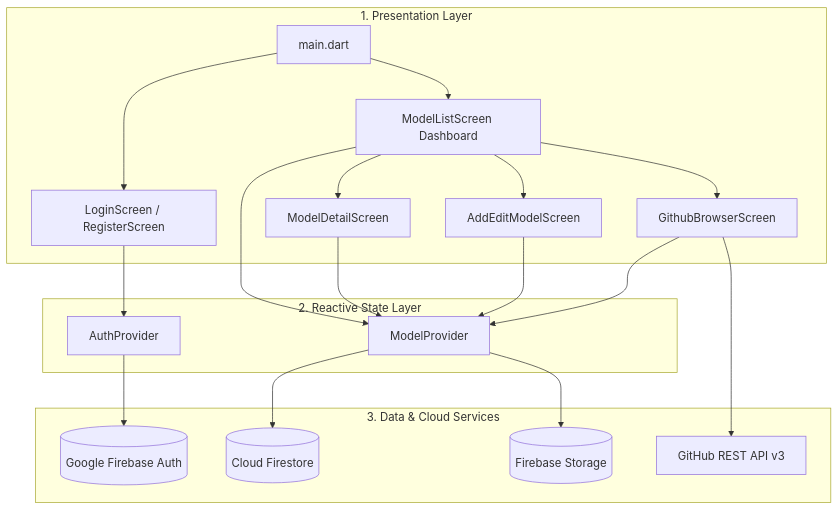
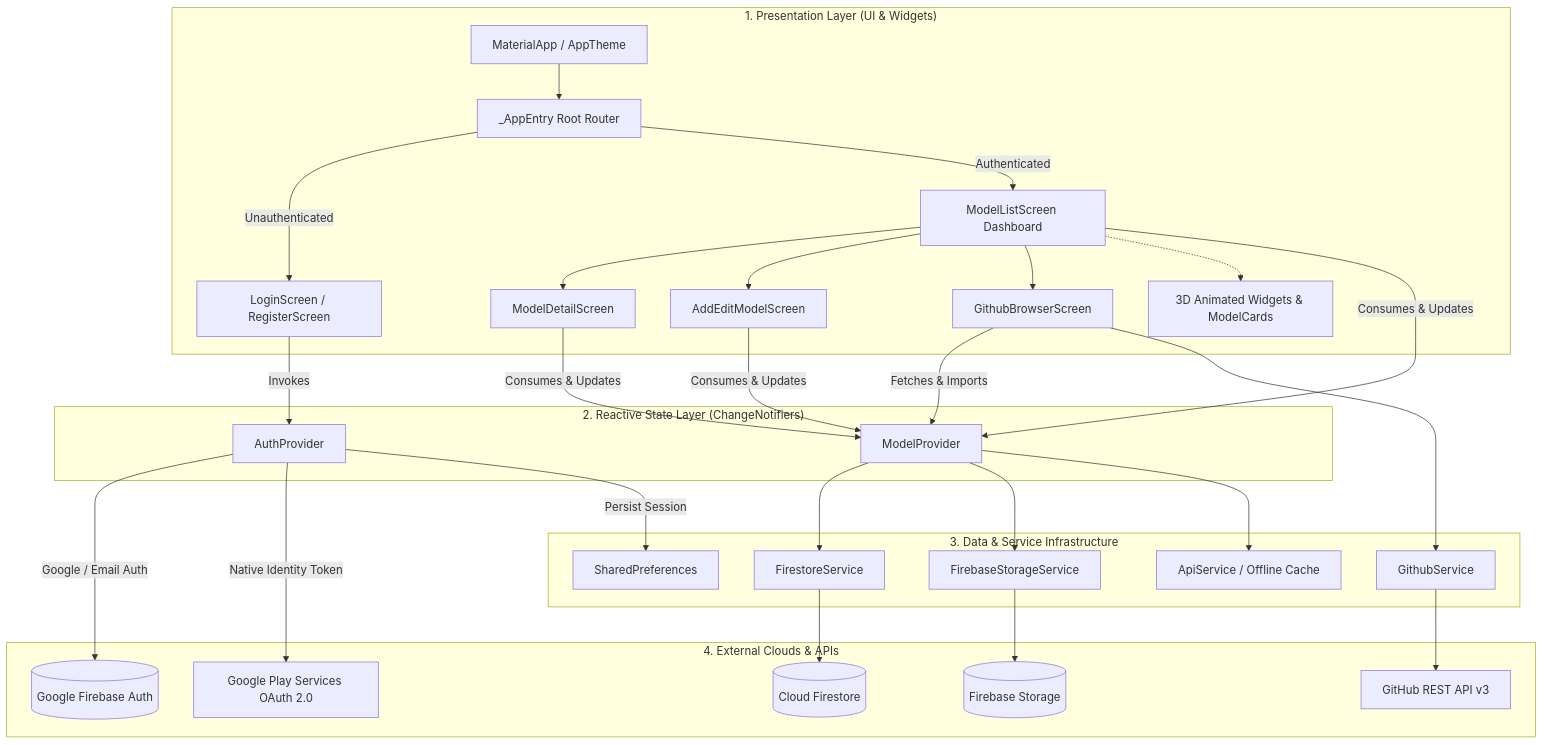
The diagram in README.md (ivengexnce/AI_Model_Hub), drawn with Mermaid before and after one commit. The commit also changed other lines of this file and 9 other files, not shown here.

Commit message:
docs: add system architecture and workflow diagrams with updated README documentation

````diff
--- a/README.md
+++ b/README.md
@@ -96,29 +80,45 @@
 ```mermaid
 graph TD
-    subgraph UI ["1. Presentation Layer"]
-        A[main.dart] --> B[LoginScreen / RegisterScreen]
-        A --> C[ModelListScreen Dashboard]
-        C --> D[ModelDetailScreen]
-        C --> E[AddEditModelScreen]
-        C --> F[GithubBrowserScreen]
+    subgraph UI_Layer ["1. Presentation Layer (UI & Widgets)"]
+        A1[MaterialApp / AppTheme] --> A2[_AppEntry Root Router]
+        A2 -->|Unauthenticated| B1[LoginScreen / RegisterScreen]
+        A2 -->|Authenticated| B2[ModelListScreen Dashboard]
+        B2 --> B3[ModelDetailScreen]
+        B2 --> B4[AddEditModelScreen]
+        B2 --> B5[GithubBrowserScreen]
+        B2 -.-> C1[3D Animated Widgets & ModelCards]
     end
 
-    subgraph State ["2. Reactive State Layer"]
-        G[AuthProvider]
-        H[ModelProvider]
+    subgraph State_Layer ["2. Reactive State Layer (ChangeNotifiers)"]
+        D1[AuthProvider]
+        D2[ModelProvider]
     end
 
-    subgraph Services ["3. Data & Cloud Services"]
-        I[(Google Firebase Auth)]
-        J[(Cloud Firestore)]
-        K[(Firebase Storage)]
-        L[GitHub REST API v3]
+    subgraph Service_Layer ["3. Data & Service Infrastructure"]
+        F1[FirestoreService]
+        F2[FirebaseStorageService]
+        F3[GithubService]
+        F4[ApiService / Offline Cache]
+        F5[SharedPreferences]
     end
 
-    B --> G
-    C & D & E --> H
-    F --> H
-    G --> I
-    H --> J & K
-    F --> L
+    subgraph Backend_Layer ["4. External Clouds & APIs"]
+        G1[(Google Firebase Auth)]
+        G2[(Cloud Firestore)]
+        G3[(Firebase Storage)]
+        G4[GitHub REST API v3]
+        G5[Google Play Services OAuth 2.0]
+    end
+
+    B1 -->|Invokes| D1
+    B2 & B3 & B4 -->|Consumes & Updates| D2
+    B5 -->|Fetches & Imports| D2
+    D1 -->|Google / Email Auth| G1
+    D1 -->|Native Identity Token| G5
+    D1 -->|Persist Session| F5
+    D2 --> F1 & F2 & F4
+    B5 --> F3
+    F1 --> G2
+    F2 --> G3
+    F3 --> G4
 ```
````
